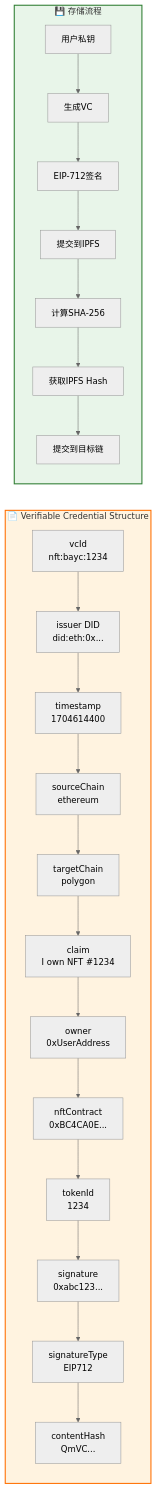
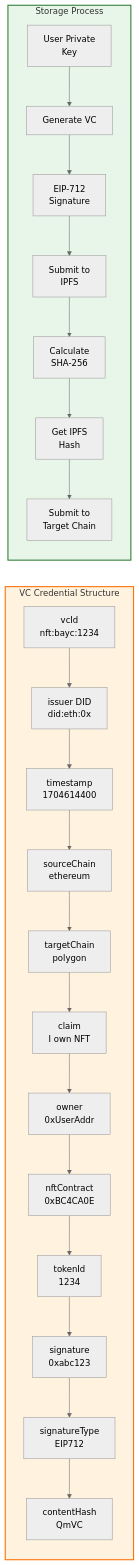
Before and after one commit to JCCDex/jcc_document: the third of 17 diagrams in src/jcc_blog/pic.md, drawn with Mermaid (neutral theme). The commit also changed other lines of this file, not shown here.

First line of the commit message:
Fix Mermaid 8.9.2 compatibility issues

````diff
--- a/src/jcc_blog/pic.md
+++ b/src/jcc_blog/pic.md
@@ -122,29 +122,29 @@
 ```mermaid
 graph LR
-    subgraph VC["📄 Verifiable Credential Structure"]
-        H["vcId<br/>nft:bayc:1234"] --> B["issuer DID<br/>did:eth:0x..."]
+    subgraph VC["VC Credential Structure"]
+        H["vcId<br/>nft:bayc:1234"] --> B["issuer DID<br/>did:eth:0x"]
         B --> C["timestamp<br/>1704614400"]
         C --> D["sourceChain<br/>ethereum"]
         D --> E["targetChain<br/>polygon"]
-        E --> F["claim<br/>I own NFT #1234"]
-        F --> G["owner<br/>0xUserAddress"]
-        G --> G1["nftContract<br/>0xBC4CA0E..."]
+        E --> F["claim<br/>I own NFT"]
+        F --> G["owner<br/>0xUserAddr"]
+        G --> G1["nftContract<br/>0xBC4CA0E"]
         G1 --> G2["tokenId<br/>1234"]
-        G2 --> I["signature<br/>0xabc123..."]
+        G2 --> I["signature<br/>0xabc123"]
         I --> J["signatureType<br/>EIP712"]
-        J --> K["contentHash<br/>QmVC..."]
+        J --> K["contentHash<br/>QmVC"]
     end
     
-    subgraph Storage["💾 存储流程"]
-        U["用户私钥"]
-        U --> G3["生成VC"]
-        G3 --> S1["EIP-712签名"]
-        S1 --> S2["提交到IPFS"]
-        S2 --> S3["计算SHA-256"]
-        S3 --> S4["获取IPFS Hash"]
-        S4 --> S5["提交到目标链"]
+    subgraph Storage["Storage Process"]
+        U["User Private<br/>Key"]
+        U --> G3["Generate VC"]
+        G3 --> S1["EIP-712<br/>Signature"]
+        S1 --> S2["Submit to<br/>IPFS"]
+        S2 --> S3["Calculate<br/>SHA-256"]
+        S3 --> S4["Get IPFS<br/>Hash"]
+        S4 --> S5["Submit to<br/>Target Chain"]
     end
     
     style VC fill:#fff3e0,stroke:#ff6f00,stroke-width:2px
     style Storage fill:#e8f5e9,stroke:#2e7d32,stroke-width:2px
 ```
````
